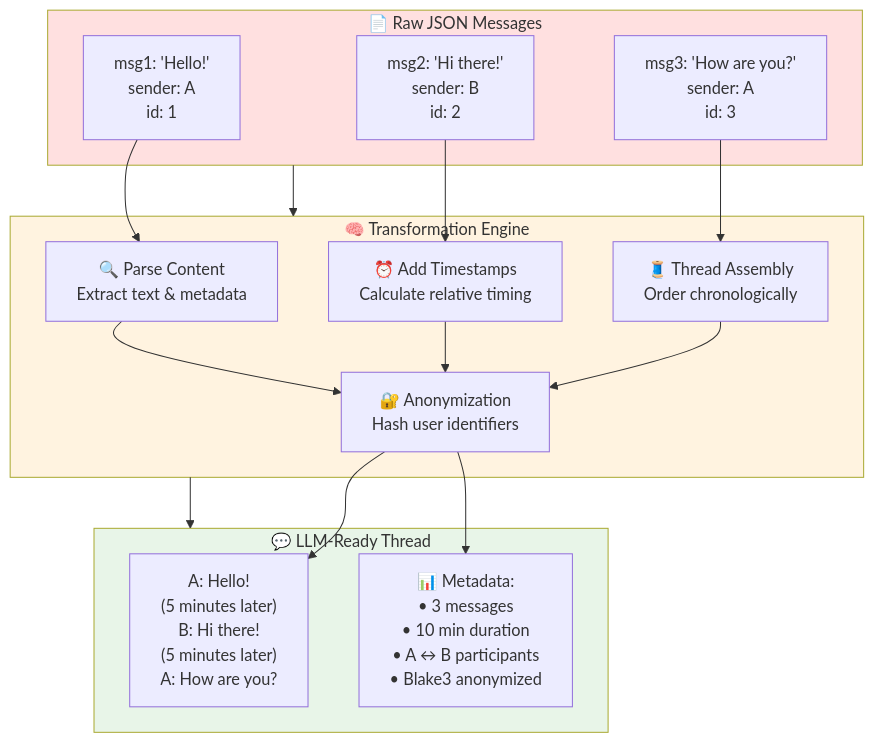
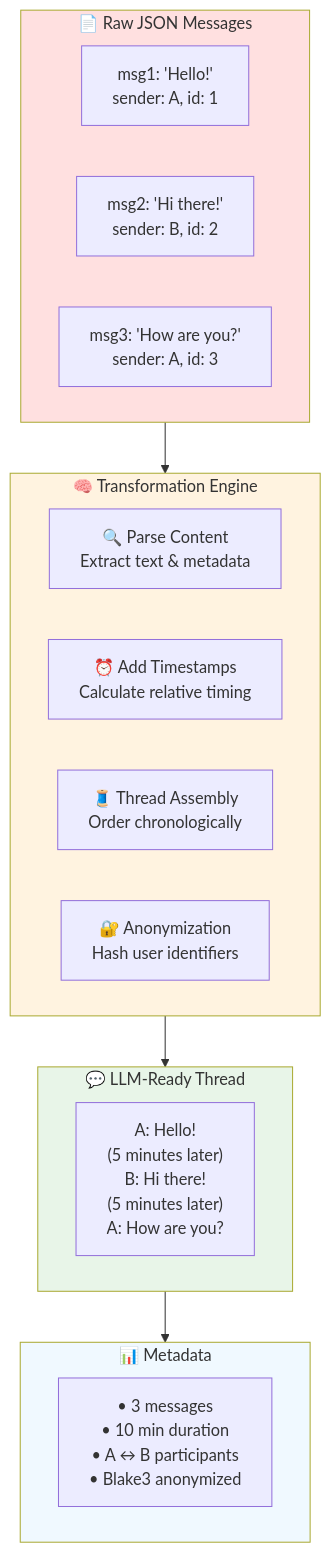
Before and after one commit to that-in-rust/tweet-scrolls: the third of 5 diagrams in ReadMe.md, drawn with Mermaid. The commit also changed other lines of this file, not shown here.

````diff
--- a/ReadMe.md
+++ b/ReadMe.md
@@ -110,36 +113,34 @@
 ```mermaid
 flowchart TD
     subgraph Input ["📄 Raw JSON Messages"]
-        A1["msg1: 'Hello!'<br/>sender: A<br/>id: 1"]
-        A2["msg2: 'Hi there!'<br/>sender: B<br/>id: 2"]
-        A3["msg3: 'How are you?'<br/>sender: A<br/>id: 3"]
+        A1["msg1: 'Hello!'<br/>sender: A, id: 1"]
+        A2["msg2: 'Hi there!'<br/>sender: B, id: 2"]
+        A3["msg3: 'How are you?'<br/>sender: A, id: 3"]
     end
+    
+    Input --> Processing
     
     subgraph Processing ["🧠 Transformation Engine"]
         B1["🔍 Parse Content<br/>Extract text & metadata"]
         B2["⏰ Add Timestamps<br/>Calculate relative timing"]
         B3["🧵 Thread Assembly<br/>Order chronologically"]
         B4["🔐 Anonymization<br/>Hash user identifiers"]
     end
     
+    Processing --> Output
+    
     subgraph Output ["💬 LLM-Ready Thread"]
         C1["A: Hello!<br/>(5 minutes later)<br/>B: Hi there!<br/>(5 minutes later)<br/>A: How are you?"]
-        C2["📊 Metadata:<br/>• 3 messages<br/>• 10 min duration<br/>• A ↔ B participants<br/>• Blake3 anonymized"]
     end
     
-    Input --> Processing
-    Processing --> Output
+    Output --> Metadata
     
-    A1 --> B1
-    A2 --> B2
-    A3 --> B3
-    B1 --> B4
-    B2 --> B4
-    B3 --> B4
-    B4 --> C1
-    B4 --> C2
+    subgraph Metadata ["📊 Metadata"]
+        C2["• 3 messages<br/>• 10 min duration<br/>• A ↔ B participants<br/>• Blake3 anonymized"]
+    end
     
     style Input fill:#ffe0e0
     style Processing fill:#fff3e0
     style Output fill:#e8f5e8
+    style Metadata fill:#f0f9ff
 ```
````
